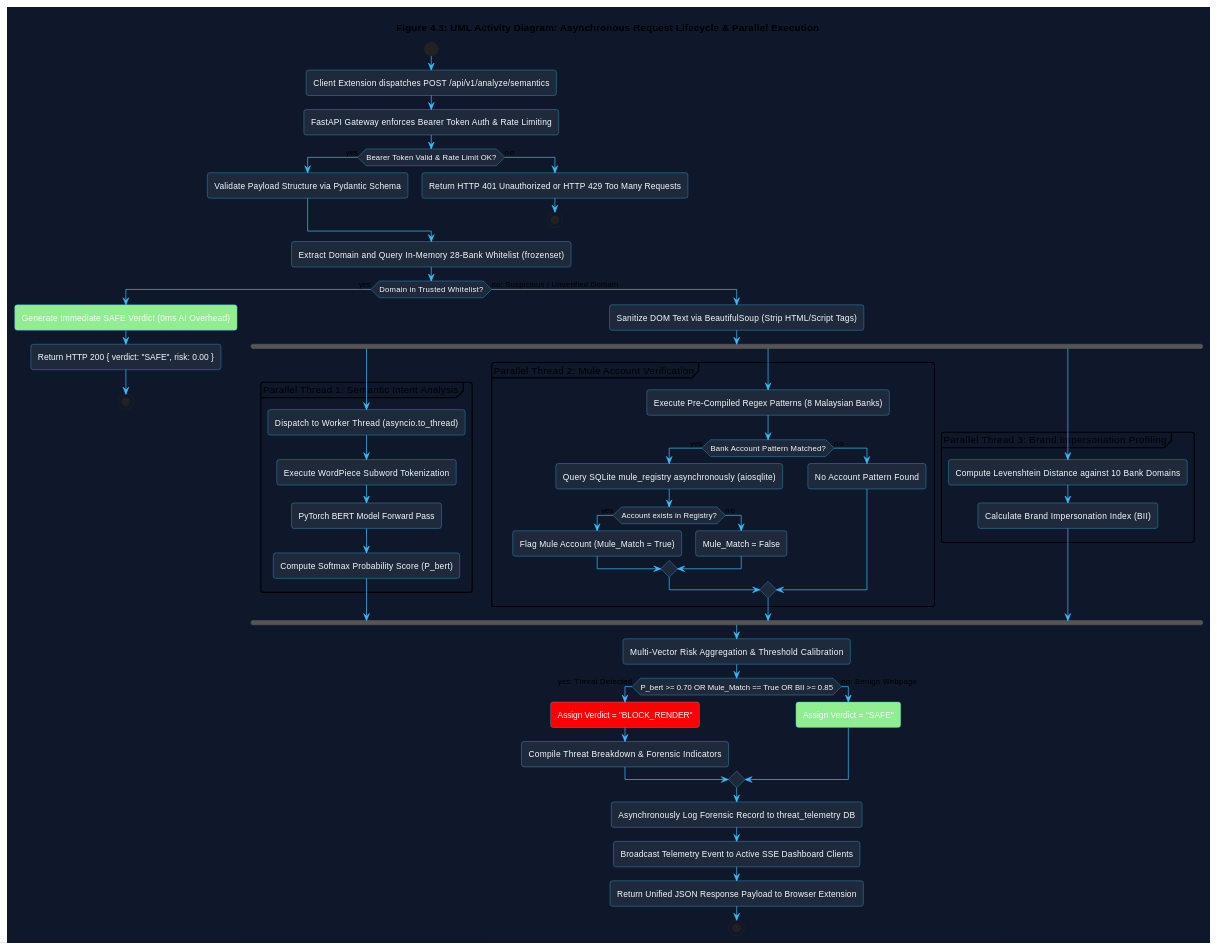
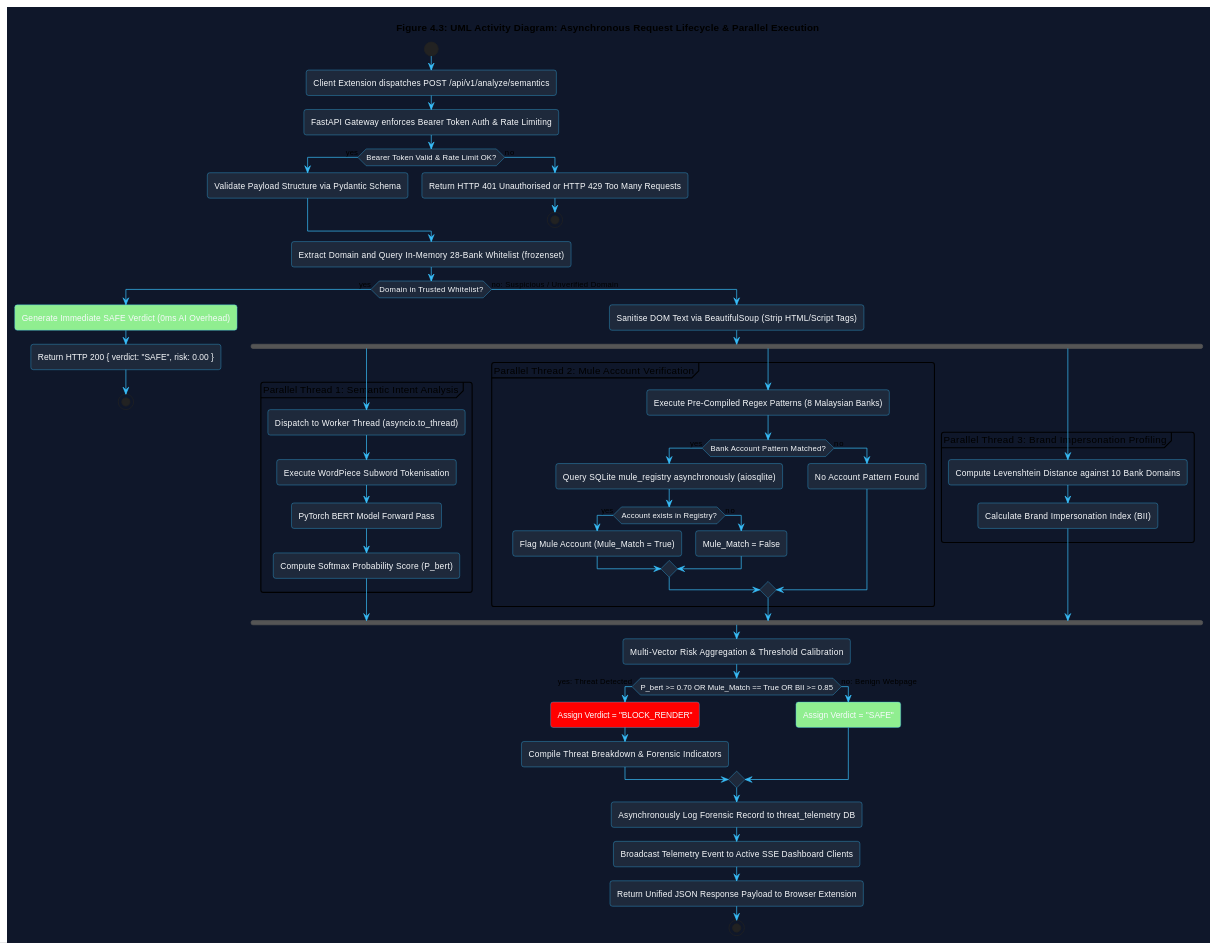
Before and after one commit to KunTheNoobie/PhishGuard-AI-Complete: the third of 7 diagrams in report/Chapter_4_System_Design.md, drawn with PlantUML. The commit also changed other lines of this file, not shown here.

````diff
--- a/report/Chapter_4_System_Design.md
+++ b/report/Chapter_4_System_Design.md
@@ -297,76 +357,76 @@
 ```plantuml
 @startuml Activity_Diagram_Chapter_4
 !theme vibrant
 skinparam backgroundColor #0f172a
 skinparam ArrowColor #38bdf8
 skinparam ActivityBorderColor #38bdf8
 skinparam ActivityBackgroundColor #1e293b
 skinparam ActivityFontColor #f8fafc
 
 title Figure 4.3: UML Activity Diagram: Asynchronous Request Lifecycle & Parallel Execution
 
 start
 :Client Extension dispatches POST /api/v1/analyze/semantics;
 :FastAPI Gateway enforces Bearer Token Auth & Rate Limiting;
 
 if (Bearer Token Valid & Rate Limit OK?) then (yes)
     :Validate Payload Structure via Pydantic Schema;
 else (no)
-    :Return HTTP 401 Unauthorized or HTTP 429 Too Many Requests;
+    :Return HTTP 401 Unauthorised or HTTP 429 Too Many Requests;
     stop
 endif
 
 :Extract Domain and Query In-Memory 28-Bank Whitelist (frozenset);
 
 if (Domain in Trusted Whitelist?) then (yes)
     #lightgreen:Generate Immediate SAFE Verdict (0ms AI Overhead);
     :Return HTTP 200 { verdict: "SAFE", risk: 0.00 };
     stop
 else (no: Suspicious / Unverified Domain)
-    :Sanitize DOM Text via BeautifulSoup (Strip HTML/Script Tags);
+    :Sanitise DOM Text via BeautifulSoup (Strip HTML/Script Tags);
     
     fork
         partition "Parallel Thread 1: Semantic Intent Analysis" {
             :Dispatch to Worker Thread (asyncio.to_thread);
-            :Execute WordPiece Subword Tokenization;
+            :Execute WordPiece Subword Tokenisation;
             :PyTorch BERT Model Forward Pass;
             :Compute Softmax Probability Score (P_bert);
         }
     fork again
         partition "Parallel Thread 2: Mule Account Verification" {
             :Execute Pre-Compiled Regex Patterns (8 Malaysian Banks);
             if (Bank Account Pattern Matched?) then (yes)
                 :Query SQLite mule_registry asynchronously (aiosqlite);
                 if (Account exists in Registry?) then (yes)
                     :Flag Mule Account (Mule_Match = True);
                 else (no)
                     :Mule_Match = False;
                 endif
             else (no)
                 :No Account Pattern Found;
             endif
         }
     fork again
         partition "Parallel Thread 3: Brand Impersonation Profiling" {
             :Compute Levenshtein Distance against 10 Bank Domains;
             :Calculate Brand Impersonation Index (BII);
         }
     end fork
     
     :Multi-Vector Risk Aggregation & Threshold Calibration;
     
     if (P_bert >= 0.70 OR Mule_Match == True OR BII >= 0.85) then (yes: Threat Detected)
         #red:Assign Verdict = "BLOCK_RENDER";
         :Compile Threat Breakdown & Forensic Indicators;
     else (no: Benign Webpage)
         #lightgreen:Assign Verdict = "SAFE";
     endif
     
     :Asynchronously Log Forensic Record to threat_telemetry DB;
     :Broadcast Telemetry Event to Active SSE Dashboard Clients;
     :Return Unified JSON Response Payload to Browser Extension;
     stop
 endif
 
 @enduml
 ```
````
